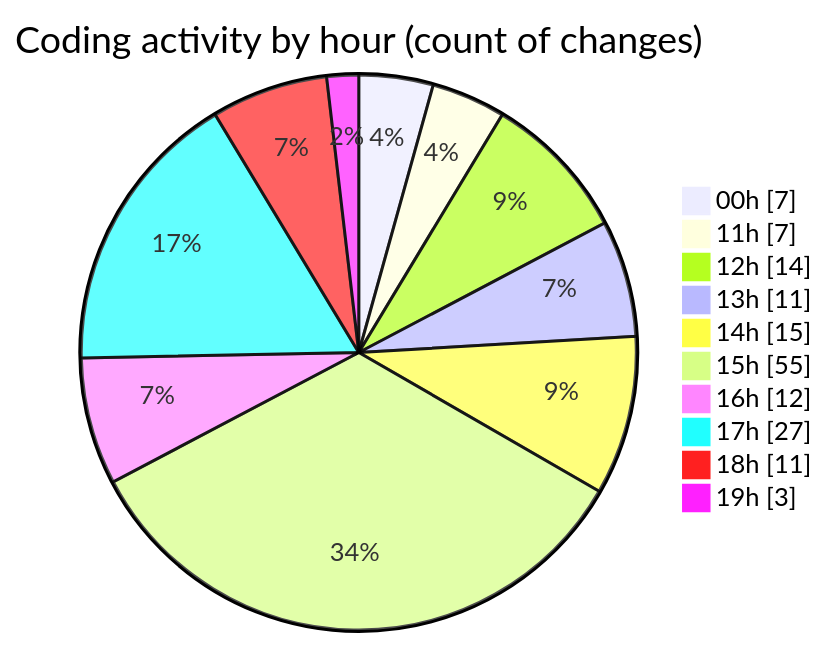
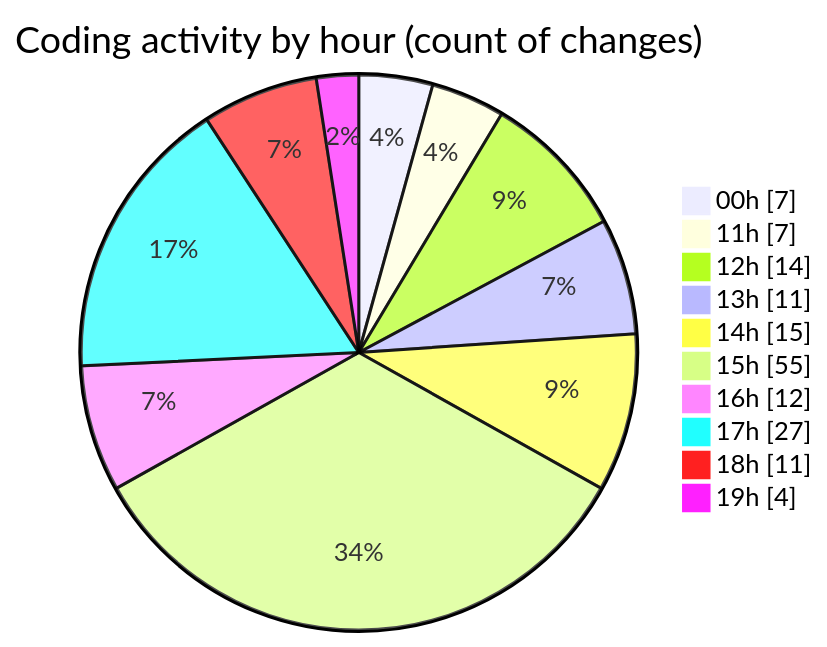
One commit to julien-gomy/code-tracking changed the second of 2 diagrams in 2025-10-08/eventscop-frontend-guide__workspace_/README.md. Above: the diagram before and after it, drawn with Mermaid. The commit also changed other lines of this file and 1 other file, not shown here.

````diff
--- a/2025-10-08/eventscop-frontend-guide__workspace_/README.md
+++ b/2025-10-08/eventscop-frontend-guide__workspace_/README.md
@@ -58,14 +58,14 @@
 ```mermaid
 pie showData
 title Coding activity by hour (count of changes)
 "00h" : 7
 "11h" : 7
 "12h" : 14
 "13h" : 11
 "14h" : 15
 "15h" : 55
 "16h" : 12
 "17h" : 27
 "18h" : 11
-"19h" : 3
+"19h" : 4
 ```
````
